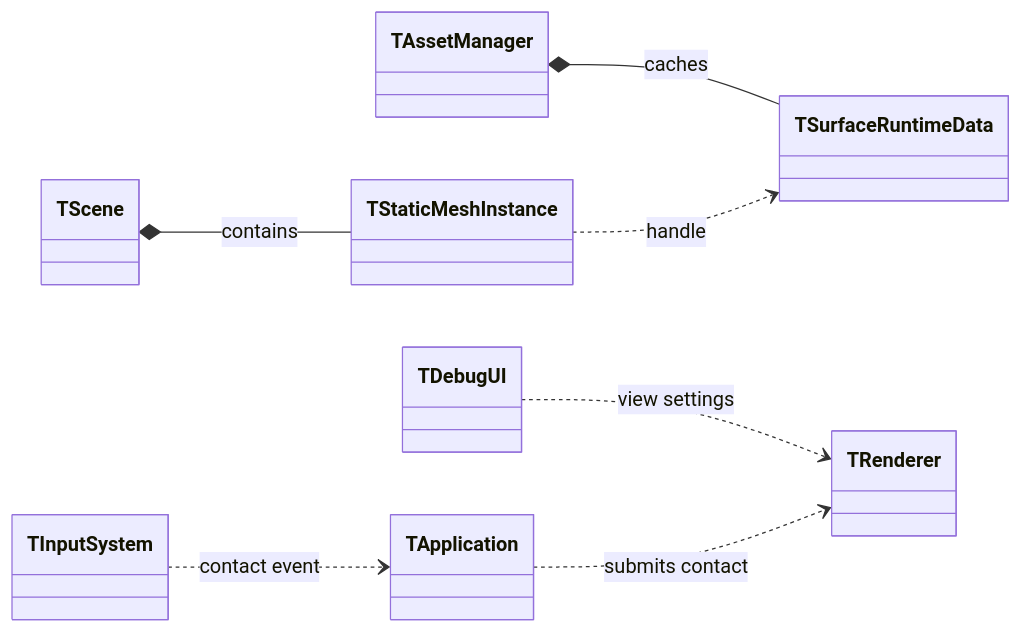
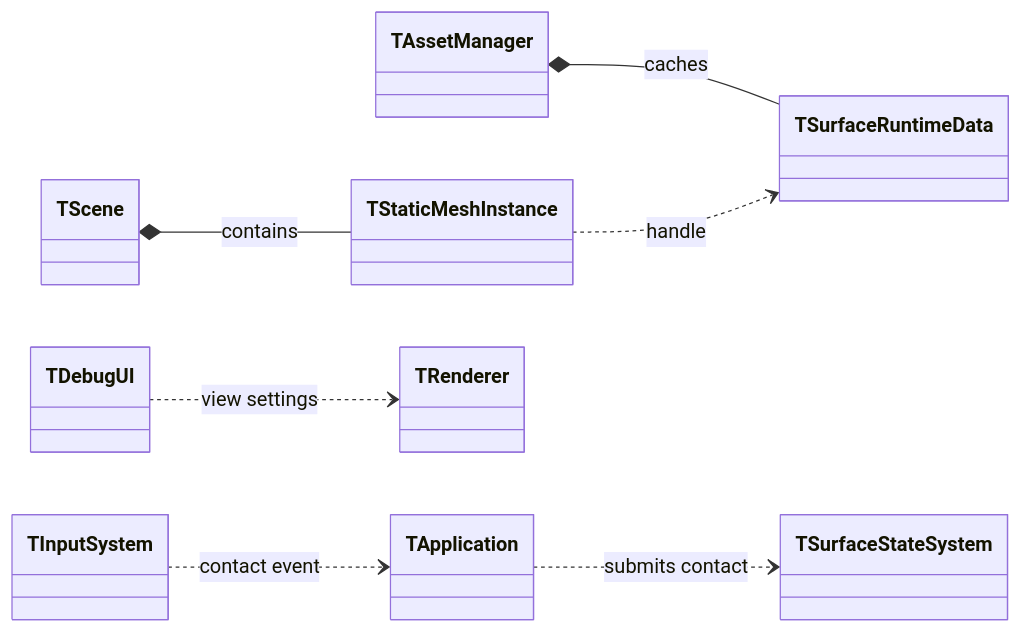
The second of 7 diagrams in Docs/MDSSP-Vault/04_Architecture/0001_Engine-Structure.md (Yonaim/Material-Dependent-Surface-State-Engine), drawn with Mermaid before and after one commit. The commit also changed other lines of this file and 12 other files, not shown here.

````diff
--- a/Docs/MDSSP-Vault/04_Architecture/0001_Engine-Structure.md
+++ b/Docs/MDSSP-Vault/04_Architecture/0001_Engine-Structure.md
@@ -42,10 +43,10 @@
 ```mermaid
 classDiagram
 direction LR
 TScene *-- TStaticMeshInstance : contains
 TAssetManager *-- TSurfaceRuntimeData : caches
 TStaticMeshInstance ..> TSurfaceRuntimeData : handle
 TDebugUI ..> TRenderer : view settings
 TInputSystem ..> TApplication : contact event
-TApplication ..> TRenderer : submits contact
+TApplication ..> TSurfaceStateSystem : submits contact
 ```
````
